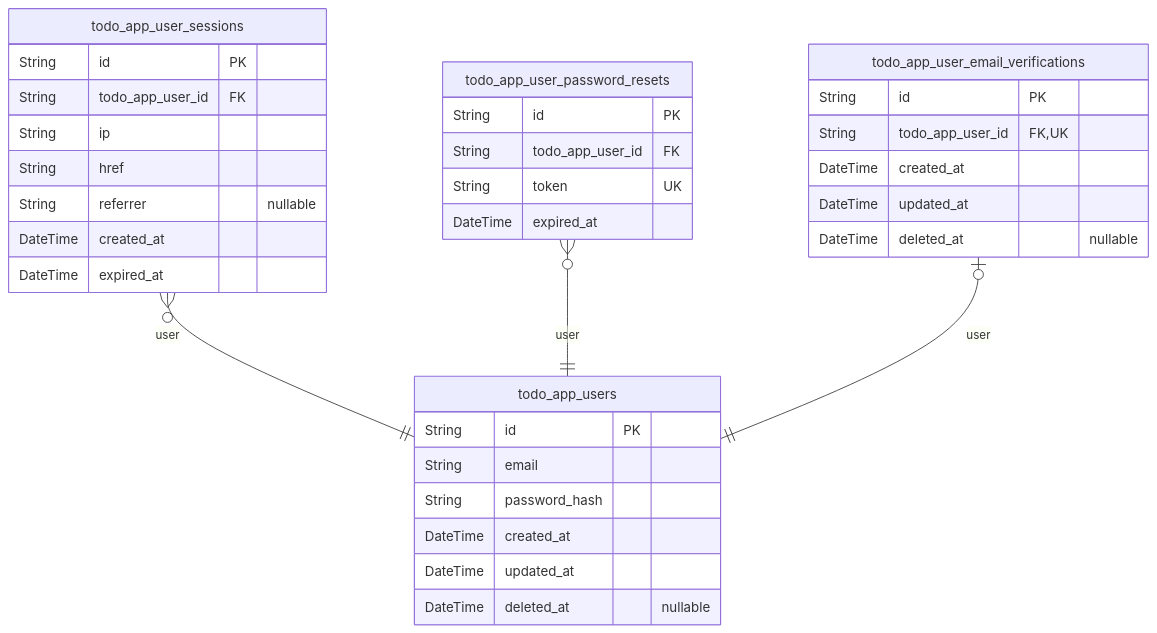
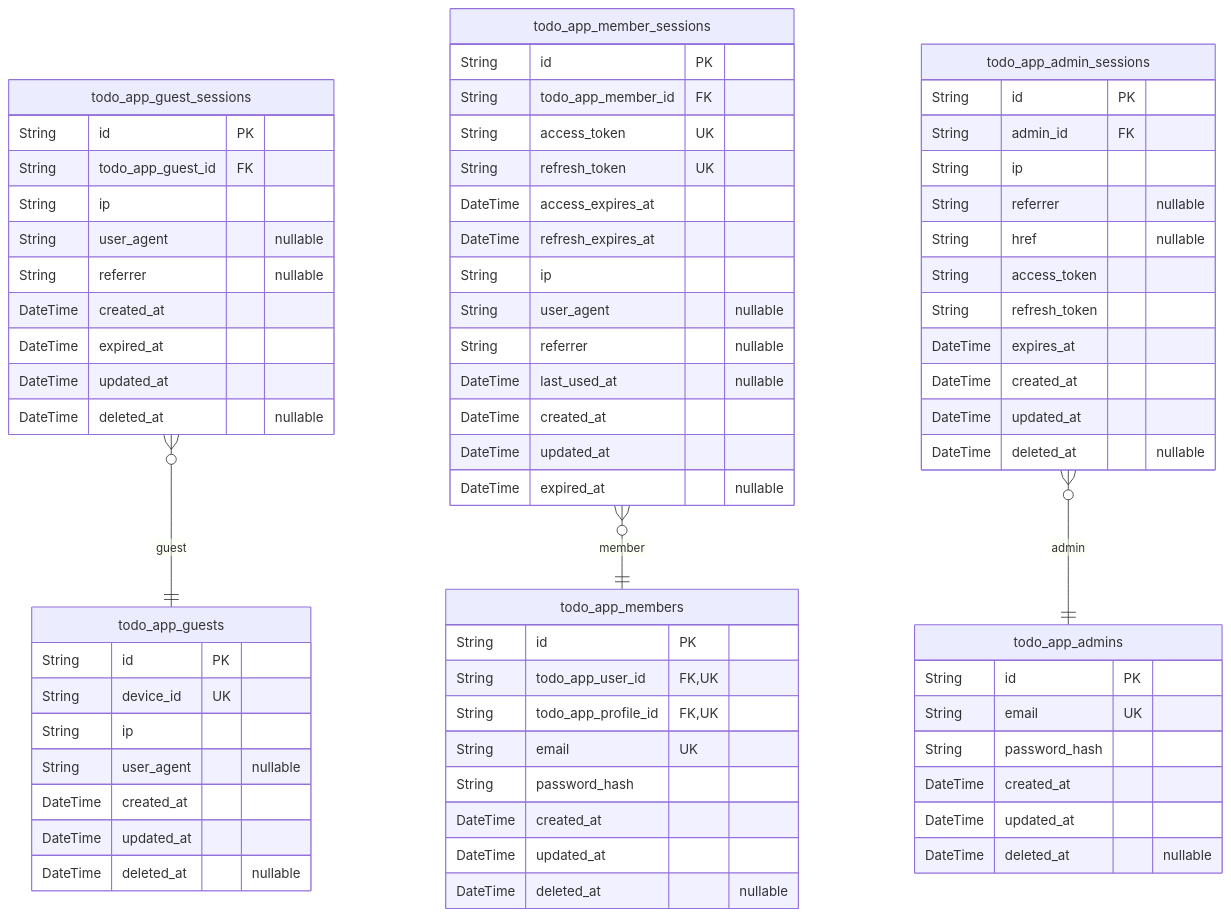
The first of 5 diagrams in qwen/qwen3-coder-next/todo/docs/ERD.md (wrtnlabs/autobe-examples), drawn with Mermaid before and after one commit. The commit also changed other lines of this file and 17098 other files, not shown here.

````diff
--- a/qwen/qwen3-coder-next/todo/docs/ERD.md
+++ b/qwen/qwen3-coder-next/todo/docs/ERD.md
@@ -10,36 +13,72 @@
 ```mermaid
 erDiagram
-"todo_app_users" {
+"todo_app_guests" {
   String id PK
-  String email
+  String device_id UK
+  String ip
+  String user_agent "nullable"
+  DateTime created_at
+  DateTime updated_at
+  DateTime deleted_at "nullable"
+}
+"todo_app_guest_sessions" {
+  String id PK
+  String todo_app_guest_id FK
+  String ip
+  String user_agent "nullable"
+  String referrer "nullable"
+  DateTime created_at
+  DateTime expired_at
+  DateTime updated_at
+  DateTime deleted_at "nullable"
+}
+"todo_app_members" {
+  String id PK
+  String todo_app_user_id FK,UK
+  String todo_app_profile_id FK,UK
+  String email UK
   String password_hash
   DateTime created_at
   DateTime updated_at
   DateTime deleted_at "nullable"
 }
-"todo_app_user_sessions" {
+"todo_app_member_sessions" {
   String id PK
-  String todo_app_user_id FK
+  String todo_app_member_id FK
+  String access_token UK
+  String refresh_token UK
+  DateTime access_expires_at
+  DateTime refresh_expires_at
   String ip
-  String href
+  String user_agent "nullable"
   String referrer "nullable"
+  DateTime last_used_at "nullable"
   DateTime created_at
-  DateTime expired_at
+  DateTime updated_at
+  DateTime expired_at "nullable"
 }
-"todo_app_user_password_resets" {
+"todo_app_admins" {
   String id PK
-  String todo_app_user_id FK
-  String token UK
-  DateTime expired_at
-}
-"todo_app_user_email_verifications" {
-  String id PK
-  String todo_app_user_id FK,UK
+  String email UK
+  String password_hash
   DateTime created_at
   DateTime updated_at
   DateTime deleted_at "nullable"
 }
-"todo_app_user_sessions" }o--|| "todo_app_users" : user
-"todo_app_user_password_resets" }o--|| "todo_app_users" : user
-"todo_app_user_email_verifications" |o--|| "todo_app_users" : user
+"todo_app_admin_sessions" {
+  String id PK
+  String admin_id FK
+  String ip
+  String referrer "nullable"
+  String href "nullable"
+  String access_token
+  String refresh_token
+  DateTime expires_at
+  DateTime created_at
+  DateTime updated_at
+  DateTime deleted_at "nullable"
+}
+"todo_app_guest_sessions" }o--|| "todo_app_guests" : guest
+"todo_app_member_sessions" }o--|| "todo_app_members" : member
+"todo_app_admin_sessions" }o--|| "todo_app_admins" : admin
 ```
````
